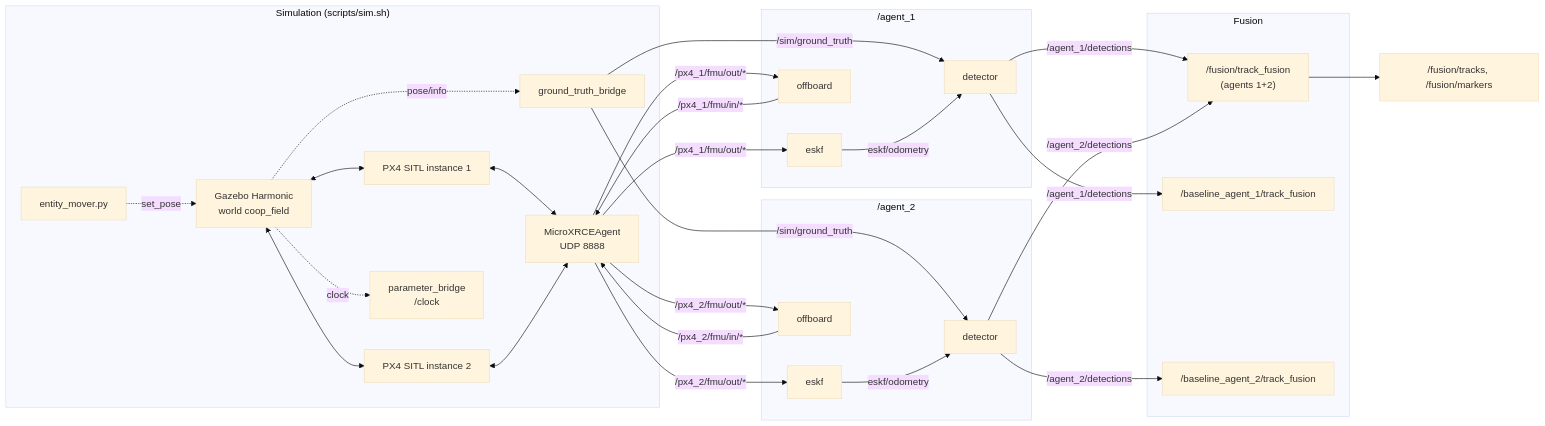
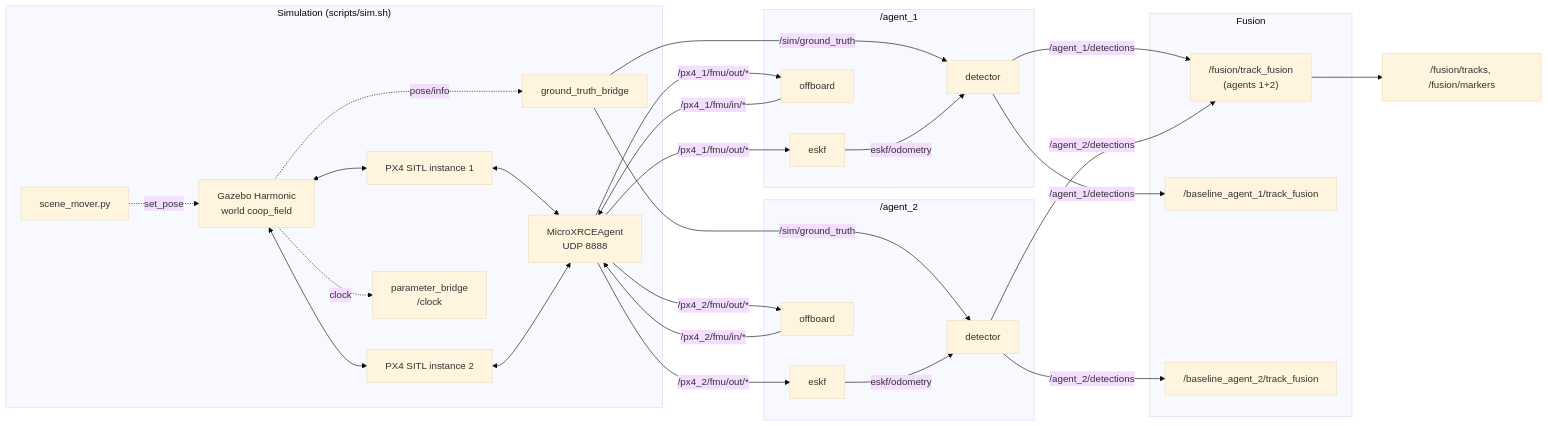
The diagram in docs/architecture.md (W7RP/extrasensory-perception), drawn with Mermaid (base theme) before and after one commit. The commit also changed other lines of this file and 6 other files, not shown here.

````diff
--- a/docs/architecture.md
+++ b/docs/architecture.md
@@ -8,42 +10,42 @@
 ```mermaid
 flowchart LR
   subgraph SIM["Simulation (scripts/sim.sh)"]
     GZ["Gazebo Harmonic<br/>world coop_field"]
     P1["PX4 SITL instance 1"]
     P2["PX4 SITL instance 2"]
     XA["MicroXRCEAgent<br/>UDP 8888"]
     GT["ground_truth_bridge"]
     CB["parameter_bridge<br/>/clock"]
-    EM["entity_mover.py"]
+    EM["scene_mover.py"]
   end
   subgraph A1["/agent_1"]
     E1["eskf"]
     D1["detector"]
     O1["offboard"]
   end
   subgraph A2["/agent_2"]
     E2["eskf"]
     D2["detector"]
     O2["offboard"]
   end
   subgraph FUS["Fusion"]
     F["/fusion/track_fusion<br/>(agents 1+2)"]
     B1["/baseline_agent_1/track_fusion"]
     B2["/baseline_agent_2/track_fusion"]
   end
   GZ <--> P1 & P2
   P1 & P2 <--> XA
   XA -- "/px4_1/fmu/out/*" --> E1 & O1
   XA -- "/px4_2/fmu/out/*" --> E2 & O2
   O1 -- "/px4_1/fmu/in/*" --> XA
   O2 -- "/px4_2/fmu/in/*" --> XA
   GZ -. "pose/info" .-> GT
   GZ -. "clock" .-> CB
   EM -. "set_pose" .-> GZ
   GT -- "/sim/ground_truth" --> D1 & D2
   E1 -- "eskf/odometry" --> D1
   E2 -- "eskf/odometry" --> D2
   D1 -- "/agent_1/detections" --> F & B1
   D2 -- "/agent_2/detections" --> F & B2
   F --> OUT["/fusion/tracks, /fusion/markers"]
 ```
````
